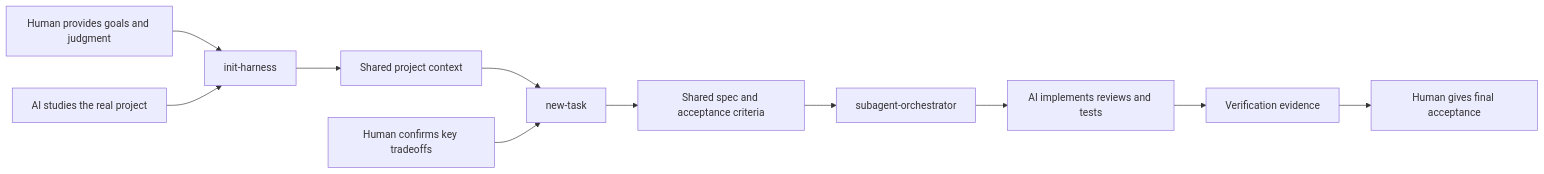
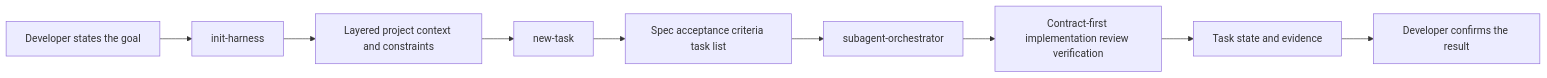
The diagram in README.md (weiqiang612/codex-harness-workflow), drawn with Mermaid before and after one commit. The commit also changed other lines of this file and 1 other file, not shown here.

````diff
--- a/README.md
+++ b/README.md
@@ -67,13 +92,11 @@
 ```mermaid
 flowchart LR
-    H1[Human provides goals and judgment] --> I[init-harness]
-    A1[AI studies the real project] --> I
-    I --> C[Shared project context]
-    C --> N[new-task]
-    H2[Human confirms key tradeoffs] --> N
-    N --> S[Shared spec and acceptance criteria]
-    S --> O[subagent-orchestrator]
-    O --> A2[AI implements reviews and tests]
-    A2 --> E[Verification evidence]
-    E --> H3[Human gives final acceptance]
+    A[Developer states the goal] --> B[init-harness]
+    B --> C[Layered project context and constraints]
+    C --> D[new-task]
+    D --> E[Spec acceptance criteria task list]
+    E --> F[subagent-orchestrator]
+    F --> G[Contract-first implementation review verification]
+    G --> H[Task state and evidence]
+    H --> I[Developer confirms the result]
 ```
````
